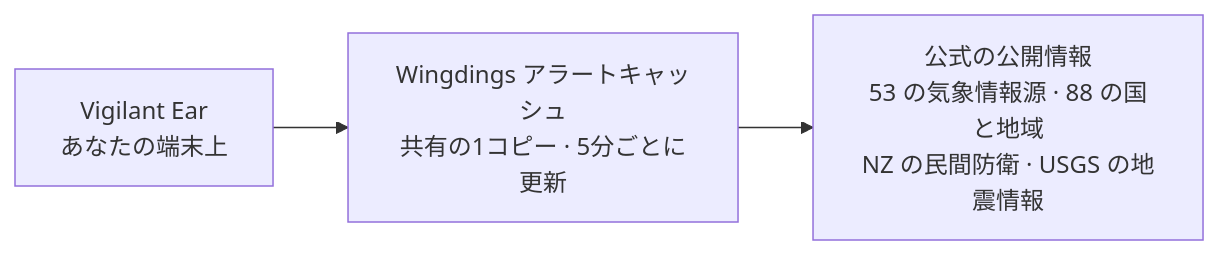
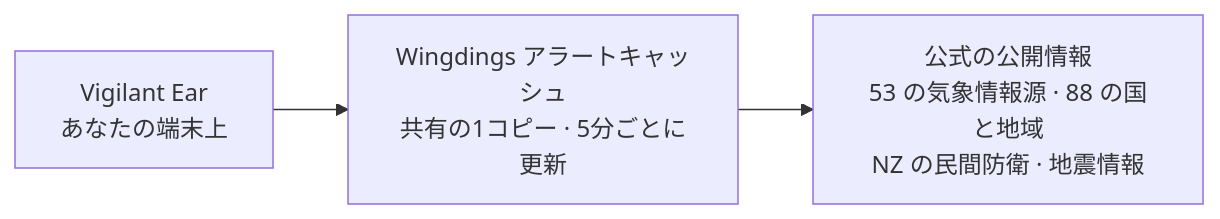
Before and after one commit to rpalm01-star/VigilantEarLegal: the fourth of 4 diagrams in README_ja.md, drawn with Mermaid. The commit also changed other lines of this file and 47 other files, not shown here.

````diff
--- a/README_ja.md
+++ b/README_ja.md
@@ -171,5 +171,5 @@
 ```mermaid
 graph LR
     P1["Vigilant Ear<br/>あなたの端末上"] --> W["Wingdings アラートキャッシュ<br/>共有の1コピー · 5分ごとに更新"]
-    W --> N["公式の公開情報<br/>53 の気象情報源 · 88 の国と地域<br/>NZ の民間防衛 · USGS の地震情報"]
+    W --> N["公式の公開情報<br/>53 の気象情報源 · 88 の国と地域<br/>NZ の民間防衛 · 地震情報"]
 ```
````
